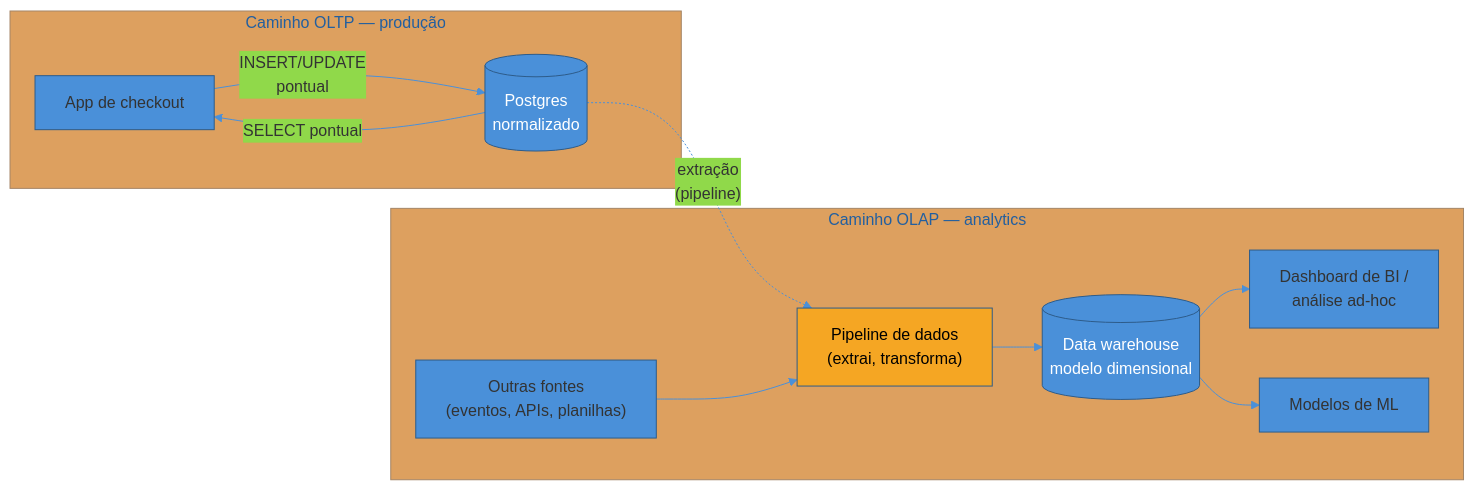
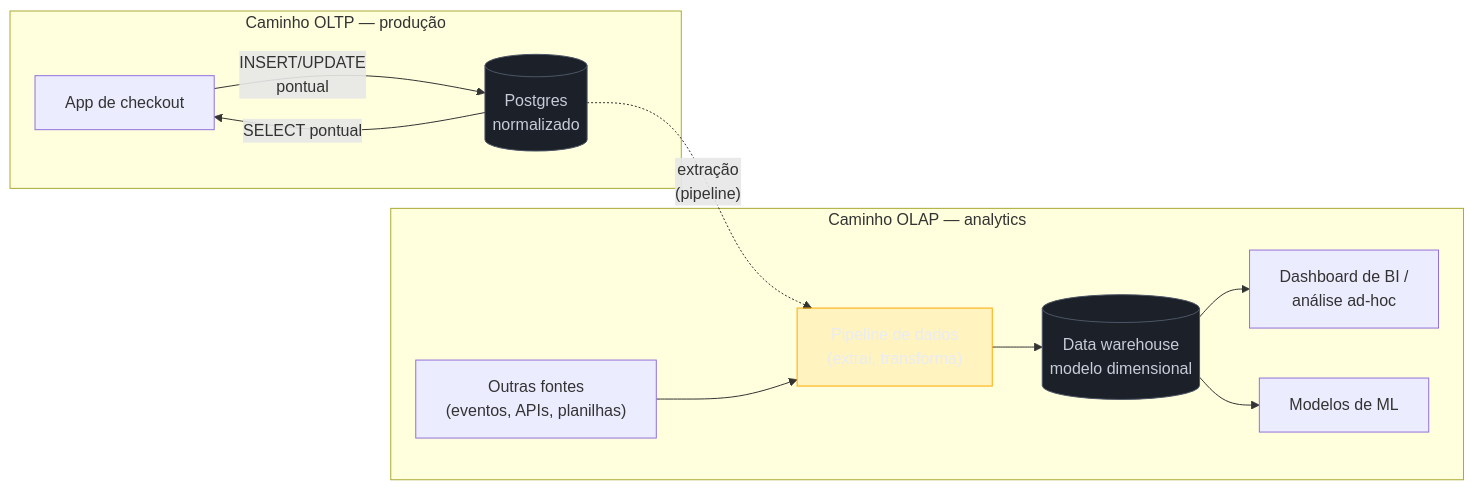
The first of 2 diagrams in 03-Dominios/Engenharia/Dados/1 - Fundamentos de engenharia de dados/01 - O que é engenharia de dados.md (josenaldo/codex-technomanticus), drawn with Mermaid before and after one commit. The commit also changed other lines of this file and 1181 other files, not shown here.

First line of the commit message:
fix(diagramas): paleta do sistema no lugar de cor cravada no markdown

````diff
--- a/03-Dominios/Engenharia/Dados/1 - Fundamentos de engenharia de dados/01 - O que é engenharia de dados.md
+++ b/03-Dominios/Engenharia/Dados/1 - Fundamentos de engenharia de dados/01 - O que é engenharia de dados.md
@@ -137,20 +137,21 @@
 ```mermaid
-%%{init: {"theme": "base", "themeVariables": {"primaryColor": "#4A90D9", "primaryBorderColor": "#2E5C8A", "lineColor": "#4A90D9"}}}%%
 graph LR
+    classDef neutro fill:#1B2029,stroke:#4E5666,color:#C6CCD8
+    classDef destaque fill:#FFAA0024,stroke:#FFAA00,color:#E9ECF2
     subgraph OLTP["Caminho OLTP — produção"]
         App["App de checkout"] -->|"INSERT/UPDATE<br/>pontual"| PG[("Postgres<br/>normalizado")]
         PG -->|"SELECT pontual"| App
     end
 
     subgraph OLAP["Caminho OLAP — analytics"]
         PG -.->|"extração<br/>(pipeline)"| Pipe["Pipeline de dados<br/>(extrai, transforma)"]
         Outros["Outras fontes<br/>(eventos, APIs, planilhas)"] --> Pipe
         Pipe --> DW[("Data warehouse<br/>modelo dimensional")]
         DW --> BI["Dashboard de BI /<br/>análise ad-hoc"]
         DW --> ML["Modelos de ML"]
     end
 
-    style PG fill:#4A90D9,color:#fff
-    style DW fill:#4A90D9,color:#fff
-    style Pipe fill:#F5A623,color:#000
+    class PG neutro
+    class DW neutro
+    class Pipe destaque
 ```
````
